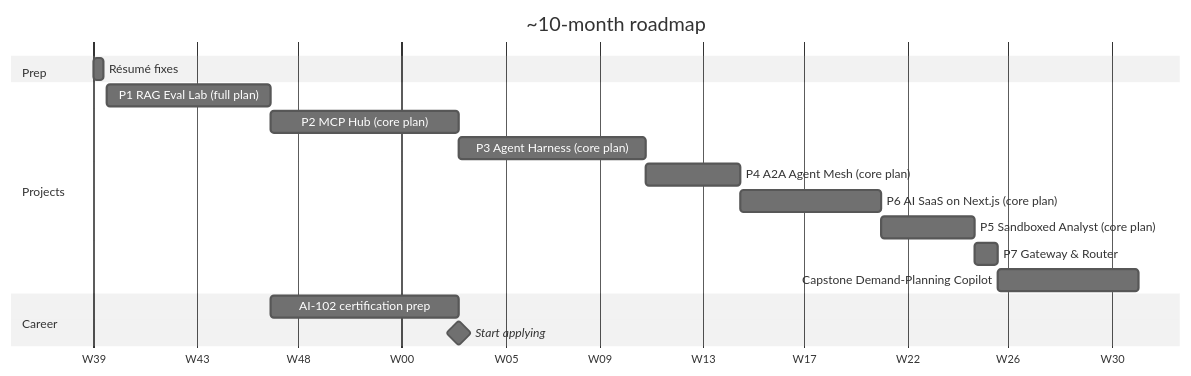
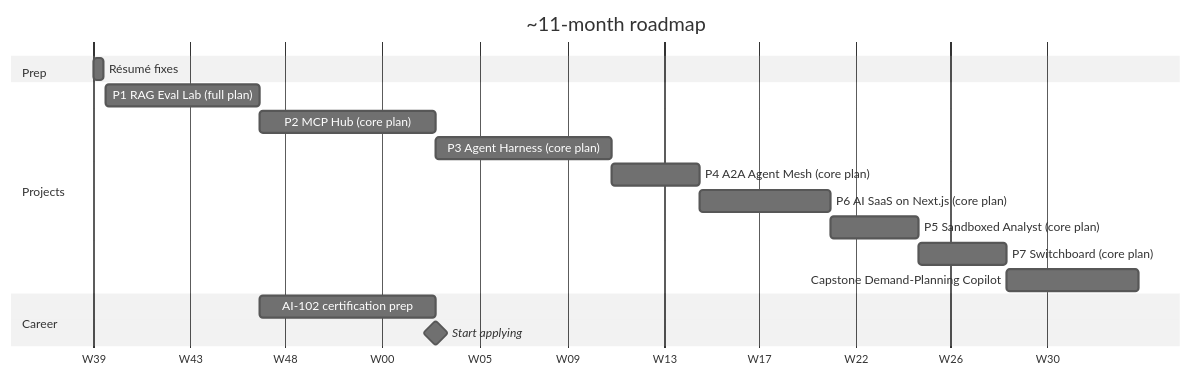
One commit to pRiMeXoMeGa/AI-Learning-Projects changed the diagram in 04-roadmap.md. Above: the diagram before and after it, drawn with Mermaid (neutral theme). The commit also changed other lines of this file and 6 other files, not shown here.

First line of the commit message:
Choose core plan for Project 7 and update the roadmap

````diff
--- a/04-roadmap.md
+++ b/04-roadmap.md
@@ -110,20 +123,20 @@
 ```mermaid
 gantt
-    title ~10-month roadmap
+    title ~11-month roadmap
     dateFormat YYYY-MM-DD
     axisFormat W%W
     section Prep
     Résumé fixes                        :r0, 2026-10-01, 3d
     section Projects
     P1 RAG Eval Lab (full plan)         :p1, 2026-10-05, 7w
     P2 MCP Hub (core plan)              :p2, after p1, 8w
     P3 Agent Harness (core plan)        :p3, after p2, 8w
     P4 A2A Agent Mesh (core plan)       :p4, after p3, 4w
     P6 AI SaaS on Next.js (core plan)   :p6, after p4, 6w
     P5 Sandboxed Analyst (core plan)    :p5, after p6, 4w
-    P7 Gateway & Router                 :p7, after p5, 1w
+    P7 Switchboard (core plan)          :p7, after p5, 4w
     Capstone Demand-Planning Copilot    :cap, after p7, 6w
     section Career
     AI-102 certification prep           :cert, after p1, 8w
     Start applying                      :milestone, after p2, 0d
 ```
````
